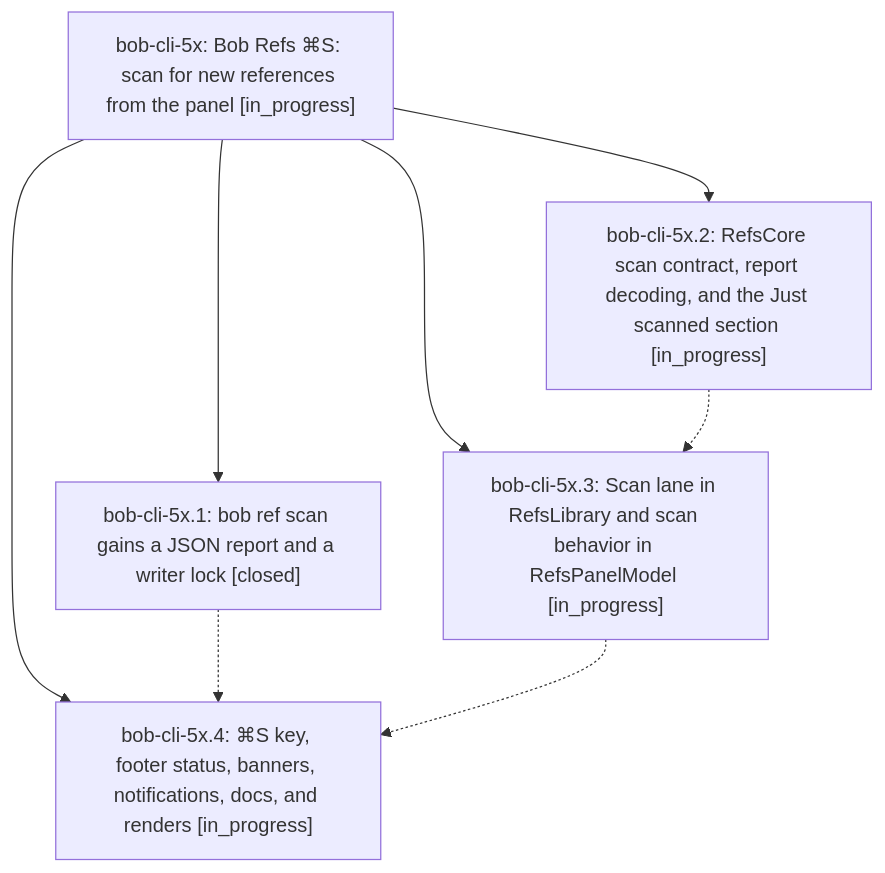
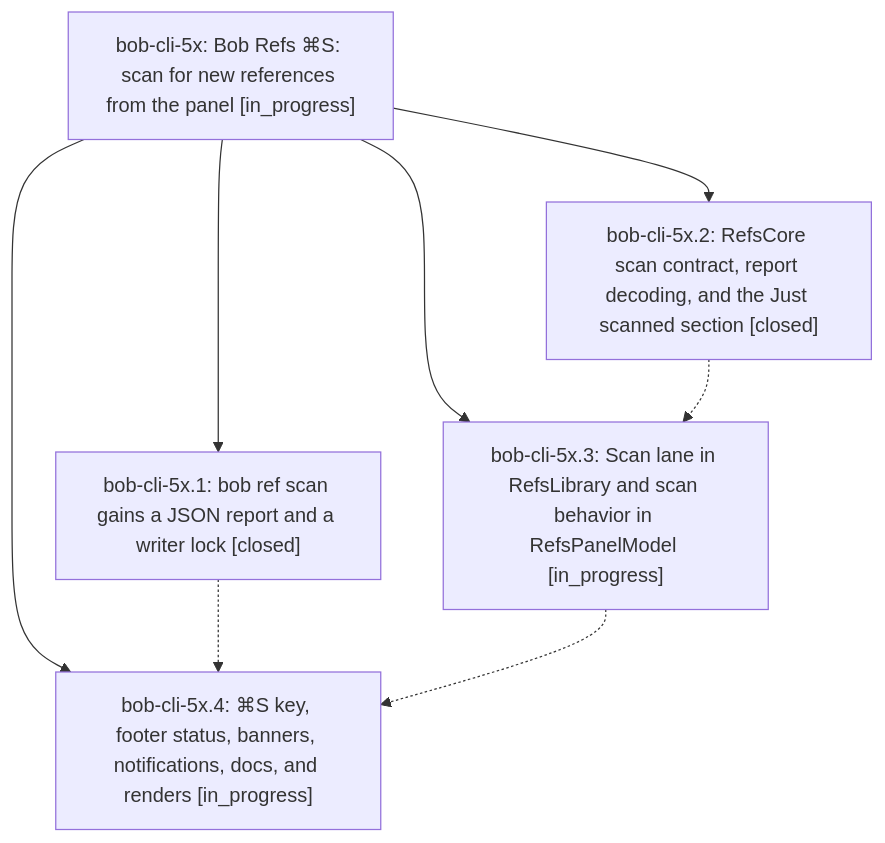
The diagram in pages/bob-cli-5x/README.md (bobs-org/bob-cli--beads), drawn with Mermaid before and after one commit. The commit also changed other lines of this file and 3 other files, not shown here.

First line of the commit message:
chore(beads): sync bead state and pages for bob-cli-5x

````diff
--- a/pages/bob-cli-5x/README.md
+++ b/pages/bob-cli-5x/README.md
@@ -39,15 +39,15 @@
 ```mermaid
 flowchart TD
     n0["bob-cli-5x: Bob Refs ⌘S: scan for new references from the panel [in_progress]"]
     n1["bob-cli-5x.1: bob ref scan gains a JSON report and a writer lock [closed]"]
-    n2["bob-cli-5x.2: RefsCore scan contract, report decoding, and the Just scanned section [in_progress]"]
+    n2["bob-cli-5x.2: RefsCore scan contract, report decoding, and the Just scanned section [closed]"]
     n3["bob-cli-5x.3: Scan lane in RefsLibrary and scan behavior in RefsPanelModel [in_progress]"]
     n4["bob-cli-5x.4: ⌘S key, footer status, banners, notifications, docs, and renders [in_progress]"]
     n0 --> n1
     n0 --> n2
     n0 --> n3
     n0 --> n4
     n1 -.-> n4
     n2 -.-> n3
     n3 -.-> n4
 ```
````
